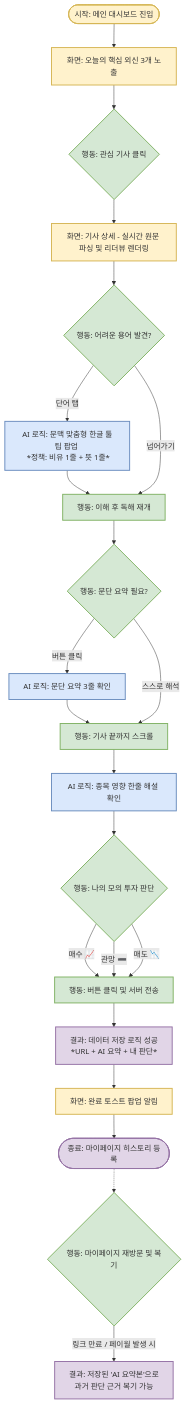
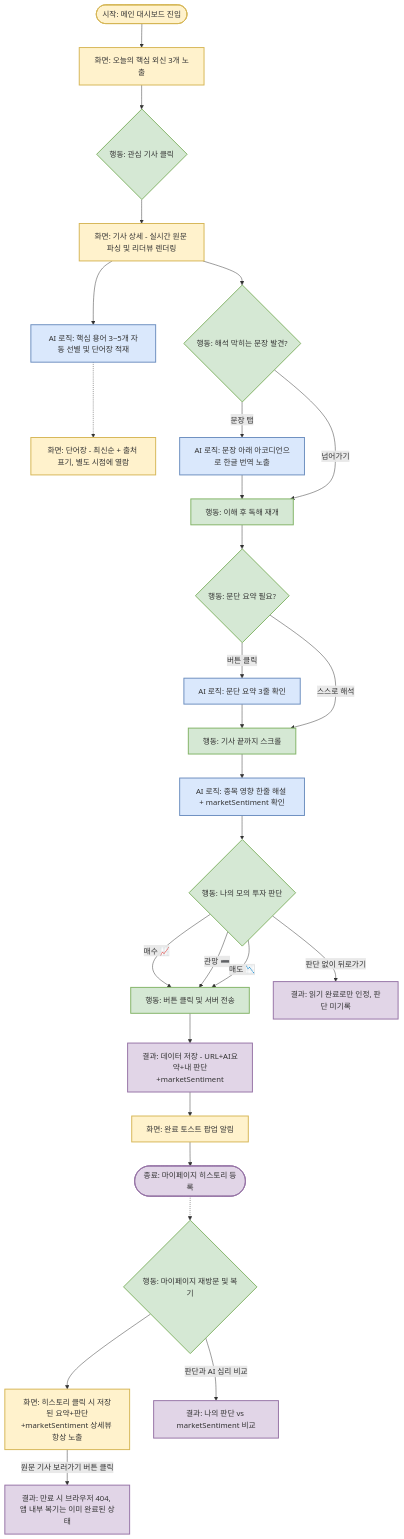
One commit to Mureung1/hub-showcase changed the diagram in docs/plan.md. Above: the diagram before and after it, drawn with Mermaid. The commit also changed other lines of this file and 3 other files, not shown here.

````diff
--- a/docs/plan.md
+++ b/docs/plan.md
@@ -78,44 +97,51 @@
 ```mermaid
 graph TD
     Start([시작: 메인 대시보드 진입]) --> Feed[화면: 오늘의 핵심 외신 3개 노출]
     Feed --> ClickCard{행동: 관심 기사 클릭}
     ClickCard --> ReaderView[화면: 기사 상세 - 실시간 원문 파싱 및 리더뷰 렌더링]
 
-    ReaderView --> Jargon{행동: 어려운 용어 발견?}
-    Jargon -- 단어 탭 --> Tooltip[AI 로직: 문맥 맞춤형 한글 툴팁 팝업 <br> *정책: 비유 1줄 + 뜻 1줄*]
-    Tooltip --> ContinueReading[행동: 이해 후 독해 재개]
-    Jargon -- 넘어가기 --> ContinueReading
+    ReaderView --> AutoVocab[AI 로직: 핵심 용어 3~5개 자동 선별 및 단어장 적재]
+
+    ReaderView --> Sentence{행동: 해석 막히는 문장 발견?}
+    Sentence -- 문장 탭 --> Accordion[AI 로직: 문장 아래 아코디언으로 한글 번역 노출]
+    Accordion --> ContinueReading[행동: 이해 후 독해 재개]
+    Sentence -- 넘어가기 --> ContinueReading
 
     ContinueReading --> Summary{행동: 문단 요약 필요?}
     Summary -- 버튼 클릭 --> ShowSummary[AI 로직: 문단 요약 3줄 확인]
     ShowSummary --> ScrollDown[행동: 기사 끝까지 스크롤]
     Summary -- 스스로 해석 --> ScrollDown
 
-    ScrollDown --> InsightPanel[AI 로직: 종목 영향 한줄 해설 확인]
+    ScrollDown --> InsightPanel[AI 로직: 종목 영향 한줄 해설 + marketSentiment 확인]
     InsightPanel --> Decision{행동: 나의 모의 투자 판단}
 
     Decision -- 매수 📈 --> ActionRecord[행동: 버튼 클릭 및 서버 전송]
     Decision -- 관망 ➖ --> ActionRecord
     Decision -- 매도 📉 --> ActionRecord
+    Decision -- 판단 없이 뒤로가기 --> ReadComplete[결과: 읽기 완료로만 인정, 판단 미기록]
 
-    ActionRecord --> SaveData[결과: 데이터 저장 로직 성공 <br> *URL + AI 요약 + 내 판단*]
+    ActionRecord --> SaveData[결과: 데이터 저장 - URL+AI요약+내 판단+marketSentiment]
     SaveData --> Toast[화면: 완료 토스트 팝업 알림]
 
     Toast --> End([종료: 마이페이지 히스토리 등록])
 
     %% 엣지케이스 대응 흐름
     End -.-> MyPageRevisit{행동: 마이페이지 재방문 및 복기}
-    MyPageRevisit -- "링크 만료 / 페이월 발생 시" --> Fallback[결과: 저장된 'AI 요약본'으로 <br> 과거 판단 근거 복기 가능]
+    MyPageRevisit --> DetailView[화면: 히스토리 클릭 시 저장된 요약+판단+marketSentiment 상세뷰 항상 노출]
+    DetailView -- "원문 기사 보러가기 버튼 클릭" --> Fallback[결과: 만료 시 브라우저 404, 앱 내부 복기는 이미 완료된 상태]
+    MyPageRevisit -- "판단과 AI 심리 비교" --> SentimentCompare[결과: 나의 판단 vs marketSentiment 비교]
+
+    AutoVocab -.-> VocabPage[화면: 단어장 - 최신순 + 출처 표기, 별도 시점에 열람]
 
     %% Figjam 컬러 가이드 연동 스타일링
     %% 화면(노랑), 행동(초록), AI로직(파랑), 결과/데이터(보라)
     classDef screen fill:#FFF2CC,stroke:#D6B656,stroke-width:2px,color:#333
     classDef action fill:#D5E8D4,stroke:#82B366,stroke-width:2px,color:#333
     classDef aiLogic fill:#DAE8FC,stroke:#6C8EBF,stroke-width:2px,color:#333
     classDef result fill:#E1D5E7,stroke:#9673A6,stroke-width:2px,color:#333
 
-    class Start,Feed,ReaderView,Toast screen;
-    class ClickCard,Jargon,ContinueReading,Summary,ScrollDown,Decision,ActionRecord,MyPageRevisit action;
-    class Tooltip,ShowSummary,InsightPanel aiLogic;
-    class SaveData,End,Fallback result;
+    class Start,Feed,ReaderView,Toast,VocabPage,DetailView screen;
+    class ClickCard,Sentence,ContinueReading,Summary,ScrollDown,Decision,ActionRecord,MyPageRevisit action;
+    class Accordion,ShowSummary,InsightPanel,AutoVocab aiLogic;
+    class SaveData,End,Fallback,ReadComplete,SentimentCompare result;
 ```
````
